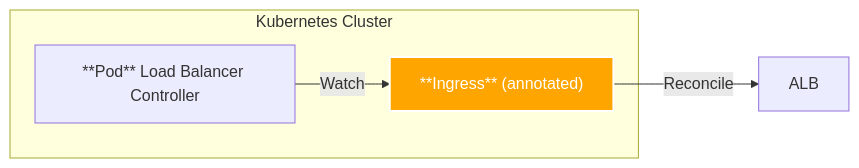
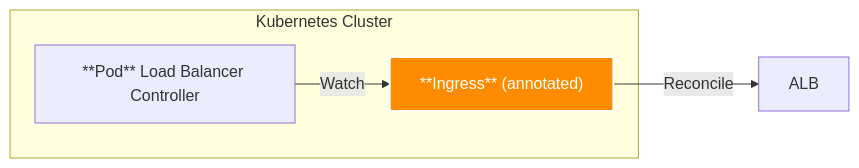
One commit to younsl/blog changed the second of 2 diagrams in content/blog/alb-canary/index.md. Above: the diagram before and after it, drawn with Mermaid. The commit also changed other lines of this file and 1 other file, not shown here.

Commit message:
chore: Update diagram

````diff
--- a/content/blog/alb-canary/index.md
+++ b/content/blog/alb-canary/index.md
@@ -101,12 +101,12 @@
 ```mermaid
 flowchart LR
   subgraph "Kubernetes Cluster"
     L["**Pod** Load Balancer Controller"]
     I["**Ingress** (annotated)"]
   end
   A["ALB"]
 
   L --Watch--> I --Reconcile--> A
 
-  style I fill:orange,color:white,stroke:white,stroke-width:2px
+  style I fill:darkorange,color:white,stroke:white,stroke-width:2px
 ```
````
